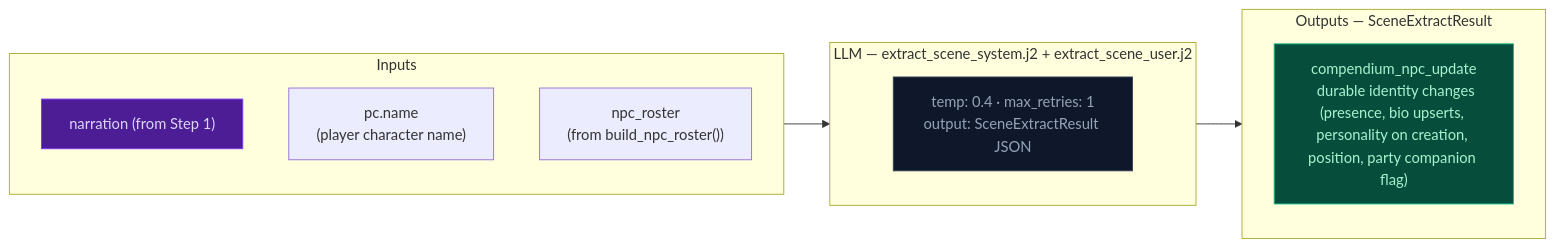
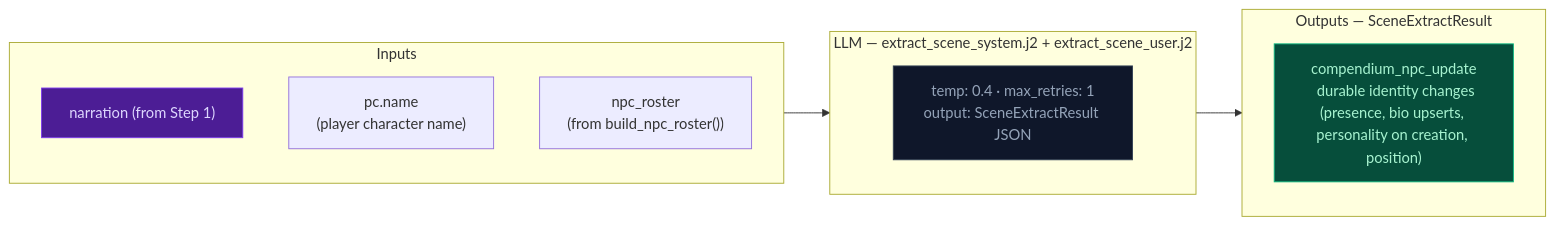
Before and after one commit to pww217/fablethread: the diagram in docs/architecture/step2a-scene.md, drawn with Mermaid. The commit also changed other lines of this file and 18 other files, not shown here.

````diff
--- a/docs/architecture/step2a-scene.md
+++ b/docs/architecture/step2a-scene.md
@@ -7,23 +7,23 @@
 ```mermaid
 flowchart LR
     classDef llmNode fill:#0f172a,color:#94a3b8,stroke:#334155
     classDef xstream fill:#4c1d95,color:#ddd6fe,stroke:#7c3aed
     classDef outNode fill:#064e3b,color:#a7f3d0,stroke:#10b981
 
     subgraph IN["Inputs"]
         S1["narration (from Step 1)"]:::xstream
         S2["pc.name<br>(player character name)"]
         S3["npc_roster<br>(from build_npc_roster())"]
     end
 
     subgraph LLM2A["LLM — extract_scene_system.j2 + extract_scene_user.j2"]
         SL["temp: 0.4 · max_retries: 1<br>output: SceneExtractResult JSON"]:::llmNode
     end
 
     subgraph OUT["Outputs — SceneExtractResult"]
-        O1["compendium_npc_update<br>  durable identity changes (presence, bio upserts, personality on creation, position, party companion flag)"]:::outNode
+        O1["compendium_npc_update<br>  durable identity changes (presence, bio upserts, personality on creation, position)"]:::outNode
     end
 
     IN --> LLM2A
     LLM2A --> OUT
 ```
````
